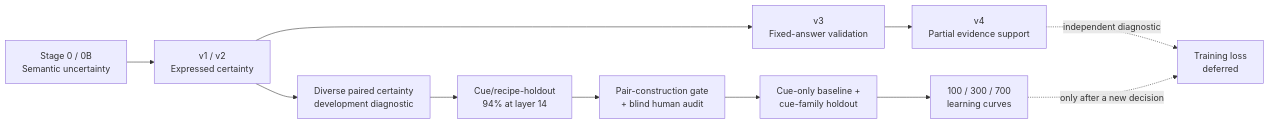
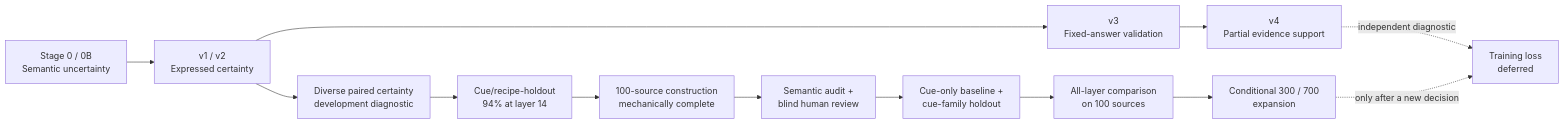
One commit to WenyiJin2003/mechanistic-confidence-sdt changed the diagram in README.md. Above: the diagram before and after it, drawn with Mermaid. The commit also changed other lines of this file and 9 other files, not shown here.

Commit message:
Add 100-source Chat construction checkpoint

````diff
--- a/README.md
+++ b/README.md
@@ -98,13 +102,15 @@
 ```mermaid
 flowchart LR
     U["Stage 0 / 0B<br/>Semantic uncertainty"] --> C["v1 / v2<br/>Expressed certainty"]
     C --> S["v3<br/>Fixed-answer validation"]
     S --> E["v4<br/>Partial evidence support"]
     C --> D["Diverse paired certainty<br/>development diagnostic"]
     D --> H["Cue/recipe-holdout<br/>94% at layer 14"]
     E -. "independent diagnostic" .-> T["Training loss<br/>deferred"]
-    H --> X["Pair-construction gate<br/>+ blind human audit"]
-    X --> M["Cue-only baseline +<br/>cue-family holdout"]
-    M --> Y["100 / 300 / 700<br/>learning curves"]
-    Y -. "only after a new decision" .-> T
+    H --> X["100-source construction<br/>mechanically complete"]
+    X --> R["Semantic audit +<br/>blind human review"]
+    R --> M["Cue-only baseline +<br/>cue-family holdout"]
+    M --> Y["All-layer comparison<br/>on 100 sources"]
+    Y --> Z["Conditional 300 / 700<br/>expansion"]
+    Z -. "only after a new decision" .-> T
 ```
````
